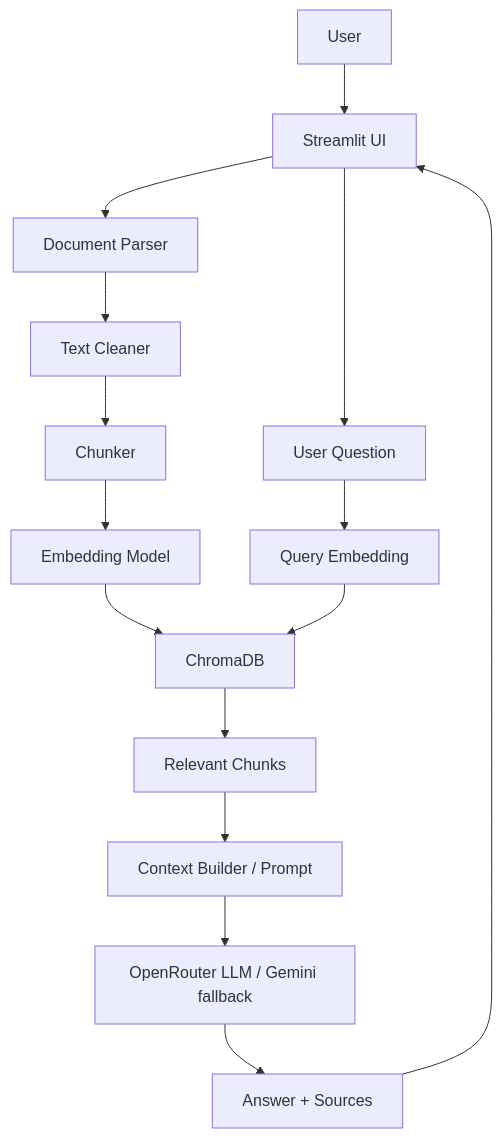
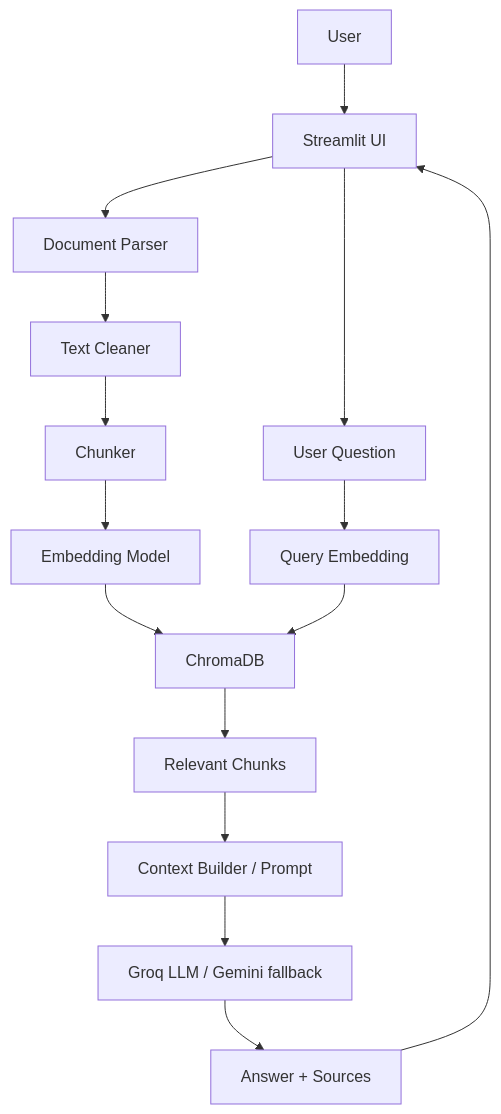
Before and after one commit to mubarakansari715/AI-Training-Project: the diagram in README.md, drawn with Mermaid. The commit also changed other lines of this file and 11 other files, not shown here.

First line of the commit message:
Switch primary LLM provider from OpenRouter to Groq

````diff
--- a/README.md
+++ b/README.md
@@ -88,18 +88,18 @@
 ```mermaid
 flowchart TD
     A[User] --> B[Streamlit UI]
     B --> C[Document Parser]
     C --> D[Text Cleaner]
     D --> E[Chunker]
     E --> F[Embedding Model]
     F --> G[ChromaDB]
 
     B --> H[User Question]
     H --> I[Query Embedding]
     I --> G
     G --> J[Relevant Chunks]
     J --> K[Context Builder / Prompt]
-    K --> L[OpenRouter LLM / Gemini fallback]
+    K --> L[Groq LLM / Gemini fallback]
     L --> M[Answer + Sources]
     M --> B
 ```
````
